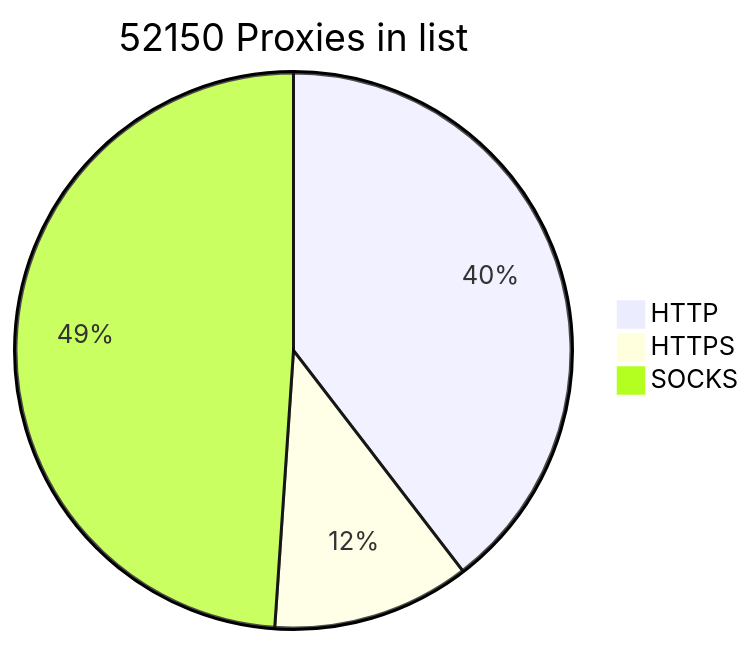
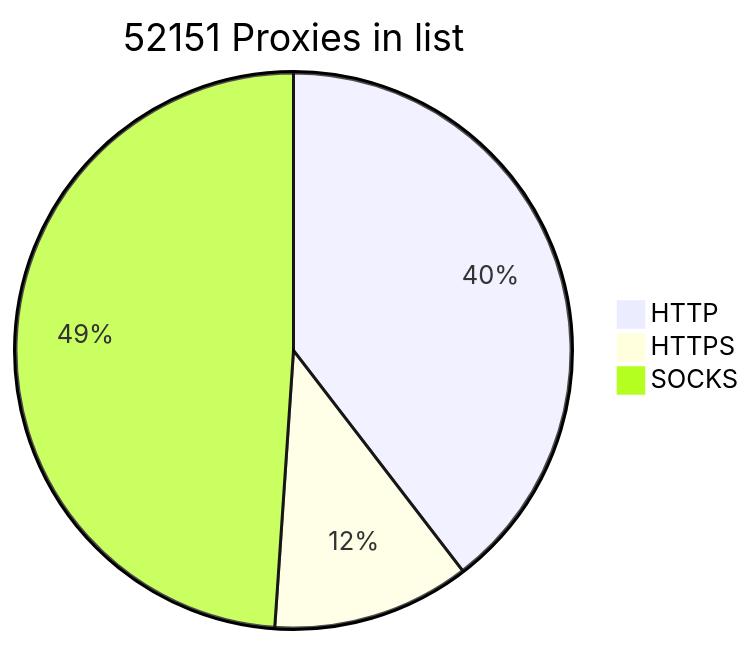
Before and after one commit to BlackSnowDot/proxylist-update-every-minute: the diagram in README.md, drawn with Mermaid.

````diff
--- a/README.md
+++ b/README.md
@@ -2,6 +2,6 @@
 ```mermaid
-pie title 52150 Proxies in list
+pie title 52151 Proxies in list
     "HTTP" : 22976
     "HTTPS": 6677
-    "SOCKS" : 28403
+    "SOCKS" : 28404
 ```
````
